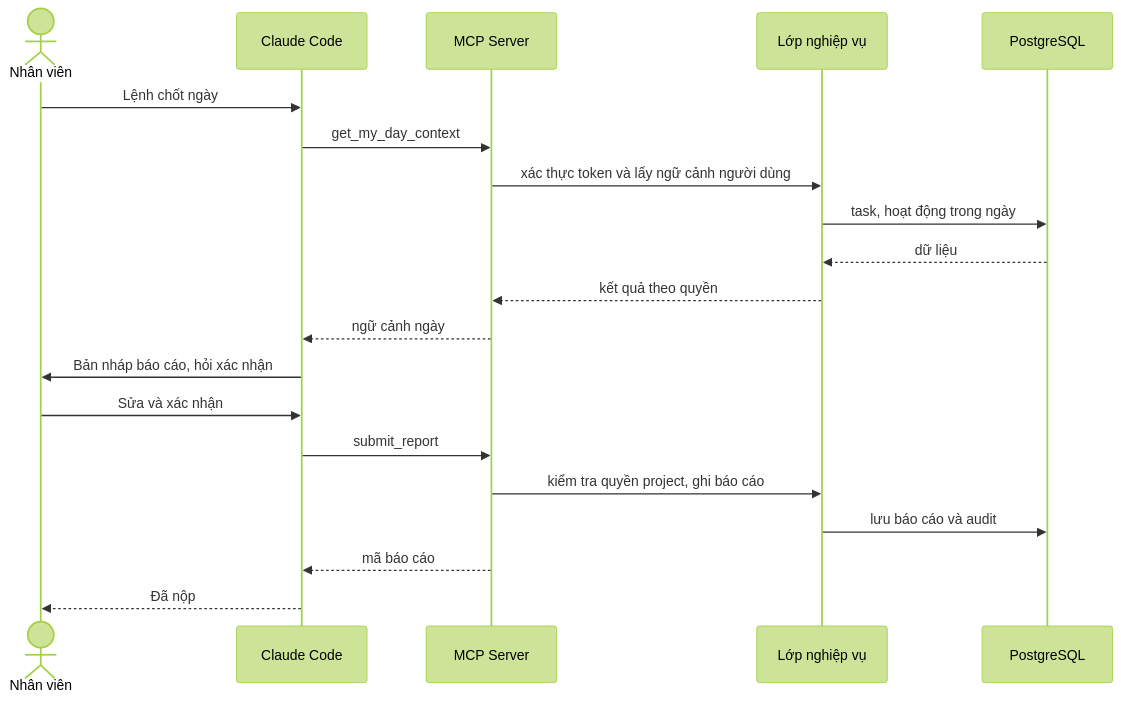
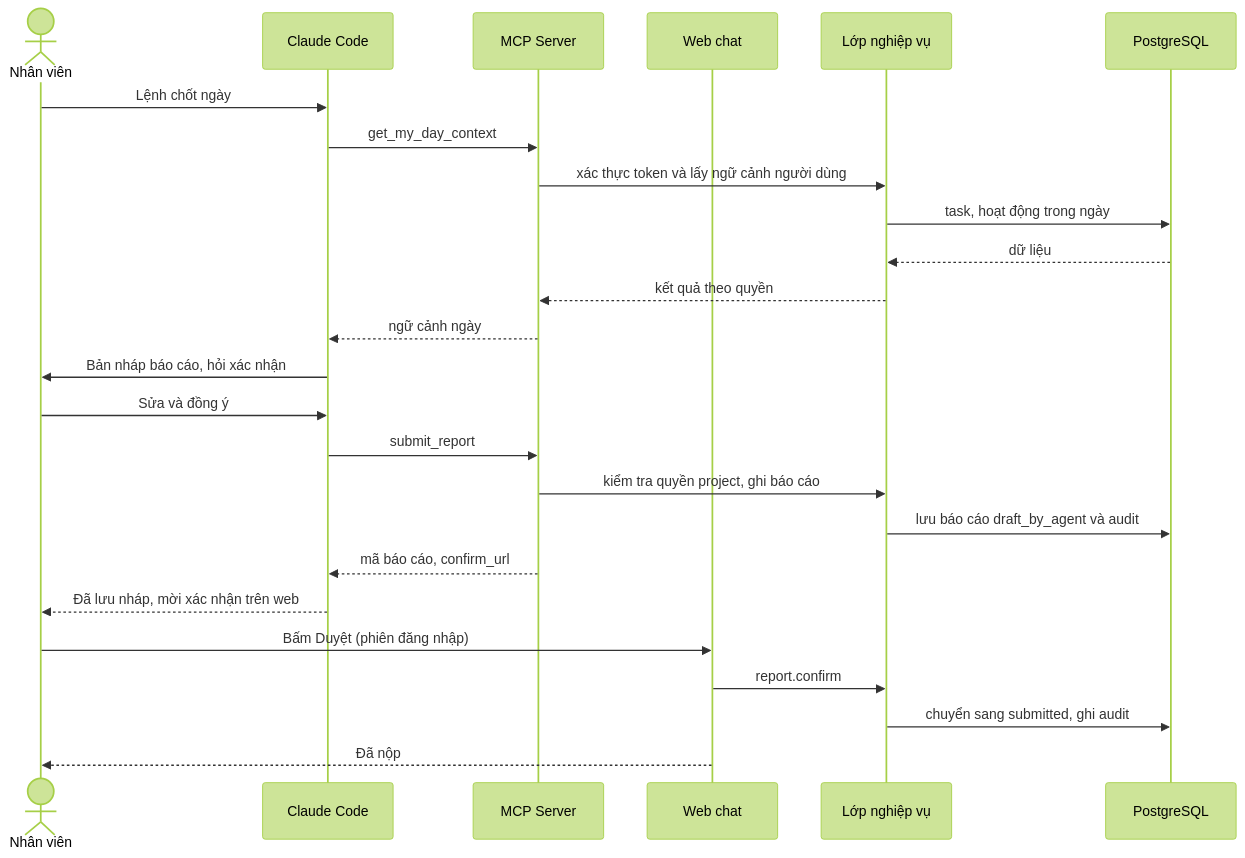
Before and after one commit to langtuananh2424/pdca-system: the fourth of 9 diagrams in docs/02-HLD.md, drawn with Mermaid (forest theme). The commit also changed other lines of this file and 4 other files, not shown here.

````diff
--- a/docs/02-HLD.md
+++ b/docs/02-HLD.md
@@ -155,23 +171,28 @@
 ```mermaid
 sequenceDiagram
     actor NV as Nhân viên
     participant CC as Claude Code
     participant MCP as MCP Server
+    participant WEB as Web chat
     participant DOM as Lớp nghiệp vụ
     participant DB as PostgreSQL
 
     NV->>CC: Lệnh chốt ngày
     CC->>MCP: get_my_day_context
     MCP->>DOM: xác thực token và lấy ngữ cảnh người dùng
     DOM->>DB: task, hoạt động trong ngày
     DB-->>DOM: dữ liệu
     DOM-->>MCP: kết quả theo quyền
     MCP-->>CC: ngữ cảnh ngày
     CC->>NV: Bản nháp báo cáo, hỏi xác nhận
-    NV->>CC: Sửa và xác nhận
+    NV->>CC: Sửa và đồng ý
     CC->>MCP: submit_report
     MCP->>DOM: kiểm tra quyền project, ghi báo cáo
-    DOM->>DB: lưu báo cáo và audit
-    MCP-->>CC: mã báo cáo
-    CC-->>NV: Đã nộp
+    DOM->>DB: lưu báo cáo draft_by_agent và audit
+    MCP-->>CC: mã báo cáo, confirm_url
+    CC-->>NV: Đã lưu nháp, mời xác nhận trên web
+    NV->>WEB: Bấm Duyệt (phiên đăng nhập)
+    WEB->>DOM: report.confirm
+    DOM->>DB: chuyển sang submitted, ghi audit
+    WEB-->>NV: Đã nộp
 ```
````
